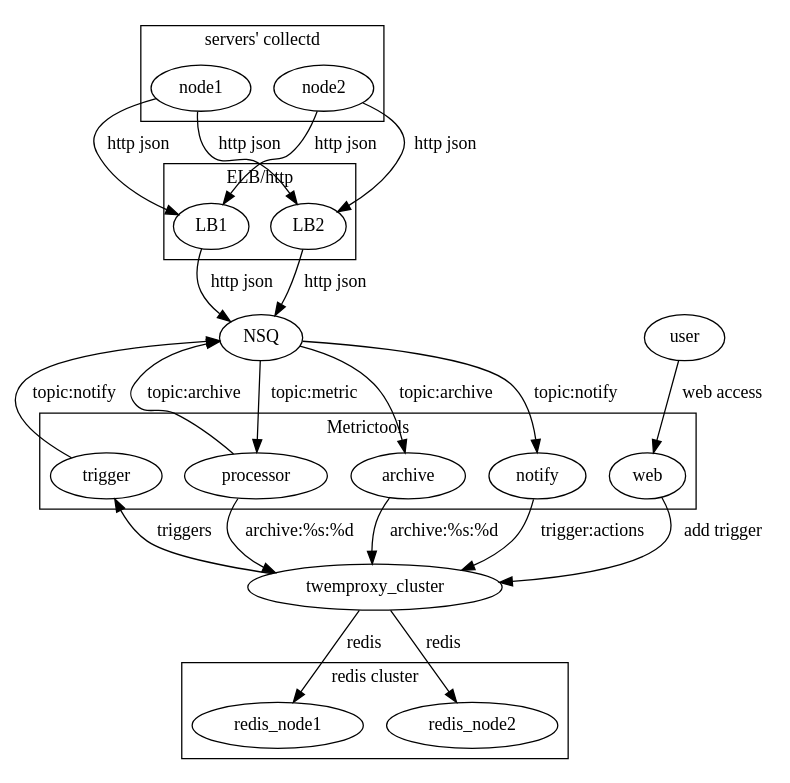
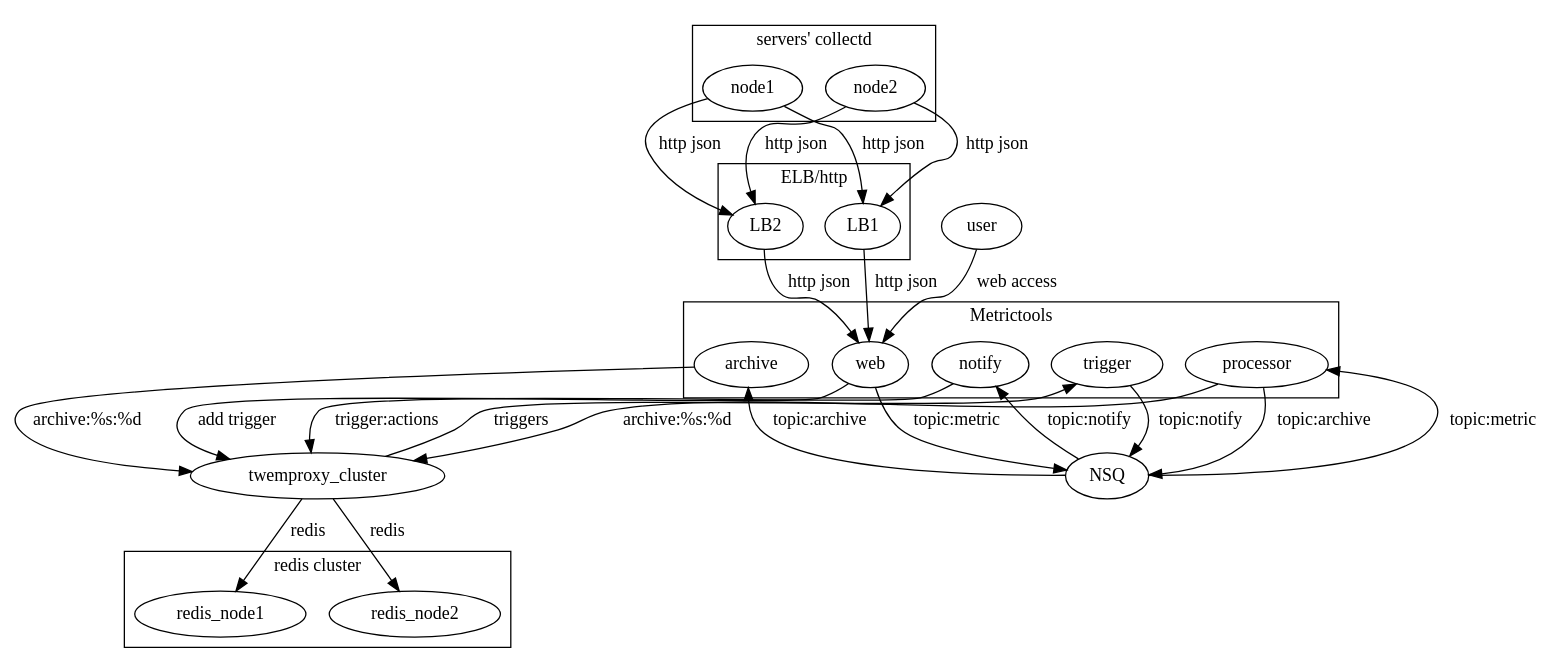
The diagram in metrictools-digraph.dot (zhulilei/metrictools), drawn with Graphviz before and after one commit. The commit also changed 1 other file, not shown here.

```diff
--- a/metrictools-digraph.dot
+++ b/metrictools-digraph.dot
@@ -1,37 +1,38 @@
 digraph {
         subgraph cluster_0 {
                 label="servers' collectd";
                 node1, node2
         }
         subgraph cluster_1 {
                 label="ELB/http";
                 LB1, LB2
         }
         node1 -> LB1[label="http json",weight="1"];
         node1 -> LB2[label="http json",weight="1"];
         node2 -> LB1[label="http json",weight="1"];
         node2 -> LB2[label="http json",weight="1"];
-        LB1 -> NSQ[label="http json",weight="1"];
-        LB2 -> NSQ[label="http json",weight="1"];
+        LB1 -> web[label="http json",weight="1"];
+        LB2 -> web[label="http json",weight="1"];
         subgraph cluster_2 {
                 label="Metrictools";
                 processor,trigger,archive,notify,web
         }
         subgraph cluster_4 {
                 label="redis cluster";
                 redis_node1, redis_node2
         }
         NSQ -> processor[label="topic:metric",weight="1"];
         processor -> NSQ[label="topic:archive",weight="1"];
         NSQ -> archive[label="topic:archive",weight="1"];
         processor -> twemproxy_cluster[label="archive:%s:%d",weight="1"];
         archive -> twemproxy_cluster[label="archive:%s:%d",weight="1"];
         twemproxy_cluster -> trigger[label="triggers",weight="1"];
         twemproxy_cluster -> redis_node1[label="redis",weight="1"];
         twemproxy_cluster -> redis_node2[label="redis",weight="1"];
         trigger -> NSQ[label="topic:notify",weight="1"];
         NSQ -> notify[label="topic:notify",weight="1"];
         notify -> twemproxy_cluster[label="trigger:actions",weight="1"];
         web -> twemproxy_cluster[label="add trigger", weight="1"];
+        web -> NSQ[label="topic:metric", weight="1"];
         user -> web[label="web access", weight="1"];
 }
```
